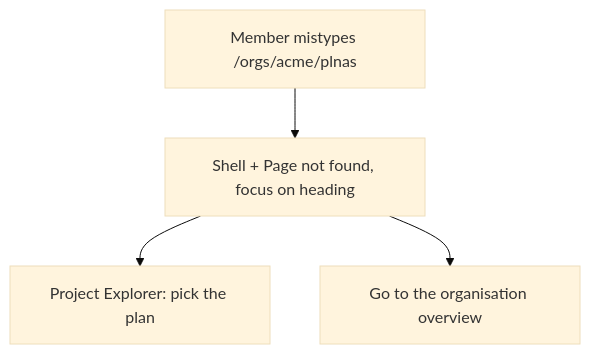
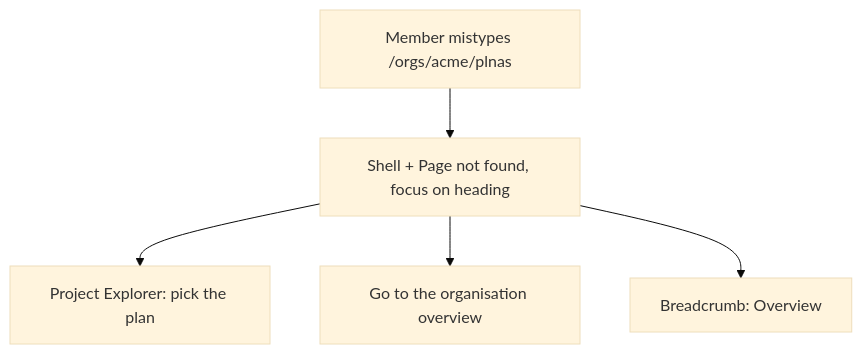
One commit to HuttonHomeHub/SchedulePoint_1 changed the third of 3 diagrams in docs/specs/in-shell-not-found/feature-spec.md. Above: the diagram before and after it, drawn with Mermaid (base theme). The commit also changed other lines of this file and 2 other files, not shown here.

````diff
--- a/docs/specs/in-shell-not-found/feature-spec.md
+++ b/docs/specs/in-shell-not-found/feature-spec.md
@@ -167,6 +185,7 @@
 ```mermaid
 flowchart TD
   M[Member mistypes /orgs/acme/plnas] --> P[Shell + Page not found, focus on heading]
   P --> E[Project Explorer: pick the plan]
   P --> O[Go to the organisation overview]
+  P --> C[Breadcrumb: Overview]
 ```
````
